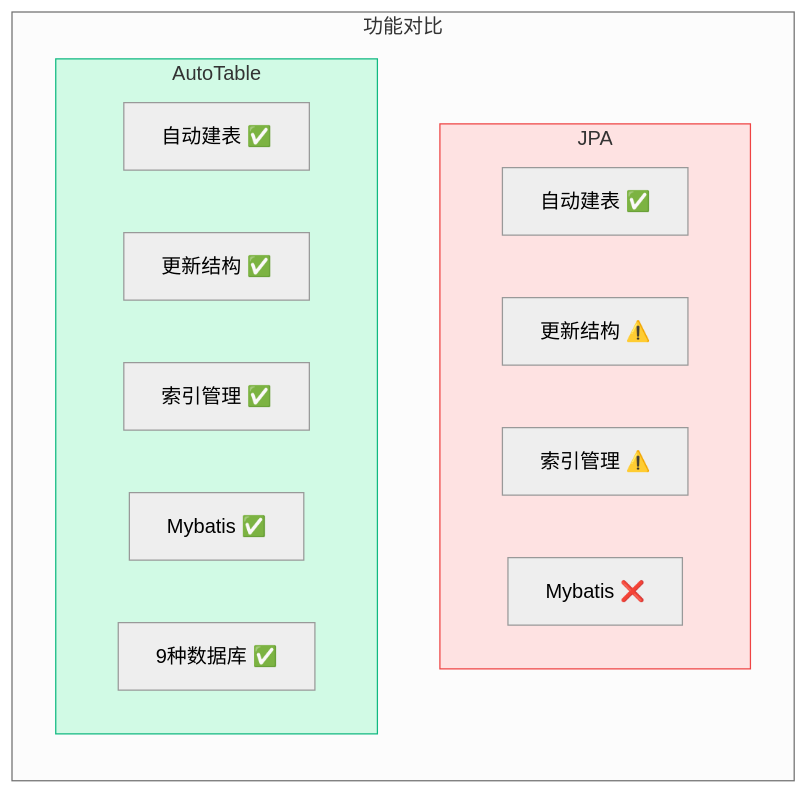
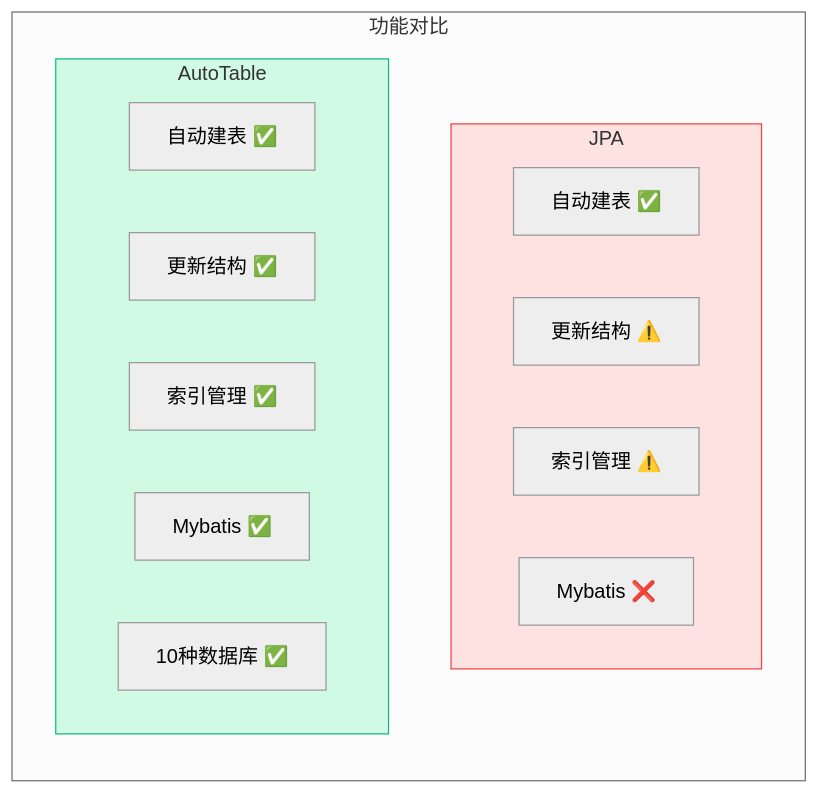
Before and after one commit to dromara/auto-table: the second of 6 diagrams in auto-table-doc/docs/快速开始/简介.md, drawn with Mermaid (neutral theme). The commit also changed other lines of this file and 9 other files, not shown here.

````diff
--- a/auto-table-doc/docs/快速开始/简介.md
+++ b/auto-table-doc/docs/快速开始/简介.md
@@ -41,24 +41,24 @@
 ```mermaid
 flowchart LR
     subgraph compare["功能对比"]
         direction TB
         
         subgraph jpa["JPA"]
             J1["自动建表 ✅"]
             J2["更新结构 ⚠️"]
             J3["索引管理 ⚠️"]
             J4["Mybatis ❌"]
         end
         
         subgraph autotable["AutoTable"]
             A1["自动建表 ✅"]
             A2["更新结构 ✅"]
             A3["索引管理 ✅"]
             A4["Mybatis ✅"]
-            A5["9种数据库 ✅"]
+            A5["10种数据库 ✅"]
         end
     end
 
     style jpa fill:#fee2e2,stroke:#ef4444
     style autotable fill:#d1fae5,stroke:#10b981
 ```
````
